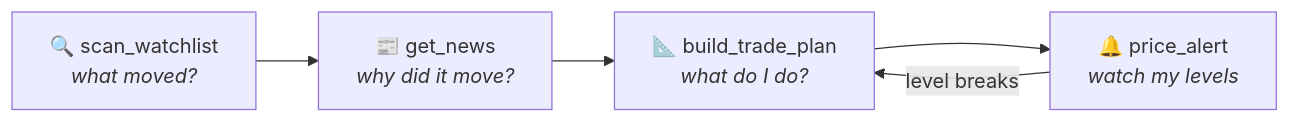
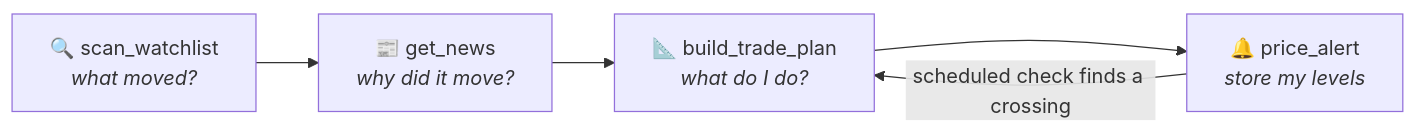
Before and after one commit to paarths-collab/quant-brain-mcp: the second of 2 diagrams in docs/examples.md, drawn with Mermaid. The commit also changed other lines of this file and 8 other files, not shown here.

Commit message:
Document research architecture, workflows, and Claude setup

````diff
--- a/docs/examples.md
+++ b/docs/examples.md
@@ -7,7 +66,7 @@
 ```mermaid
 flowchart LR
     A["🔍 scan_watchlist<br/><i>what moved?</i>"] --> B["📰 get_news<br/><i>why did it move?</i>"]
     B --> C["📐 build_trade_plan<br/><i>what do I do?</i>"]
-    C --> D["🔔 price_alert<br/><i>watch my levels</i>"]
-    D -->|level breaks| C
+    C --> D["🔔 price_alert<br/><i>store my levels</i>"]
+    D -->|scheduled check finds a crossing| C
 ```
````
